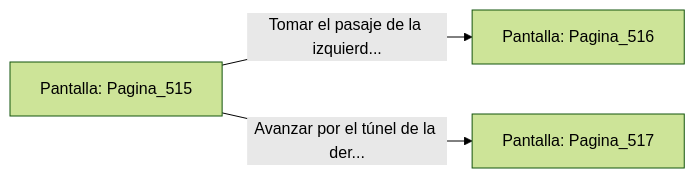
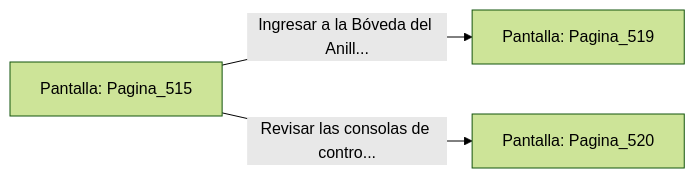
The diagram in sample/eligejuego-vault/Pantalla_Pagina_515.md (metsuke/mpl), drawn with Mermaid (forest theme) before and after one commit. The commit also changed other lines of this file and 635 other files, not shown here.

First line of the commit message:
fix: añadir Pagina_1 como pantalla inicial en capitulo_01.mpl

````diff
--- a/sample/eligejuego-vault/Pantalla_Pagina_515.md
+++ b/sample/eligejuego-vault/Pantalla_Pagina_515.md
@@ -20,6 +24,6 @@
 ```mermaid
 graph LR
     P_Pagina_515["Pantalla: Pagina_515"]
-    P_Pagina_515 -->|"Tomar el pasaje de la izquierd..."| P_Pagina_516["Pantalla: Pagina_516"]
-    P_Pagina_515 -->|"Avanzar por el túnel de la der..."| P_Pagina_517["Pantalla: Pagina_517"]
+    P_Pagina_515 -->|"Ingresar a la Bóveda del Anill..."| P_Pagina_519["Pantalla: Pagina_519"]
+    P_Pagina_515 -->|"Revisar las consolas de contro..."| P_Pagina_520["Pantalla: Pagina_520"]
 ```
````
